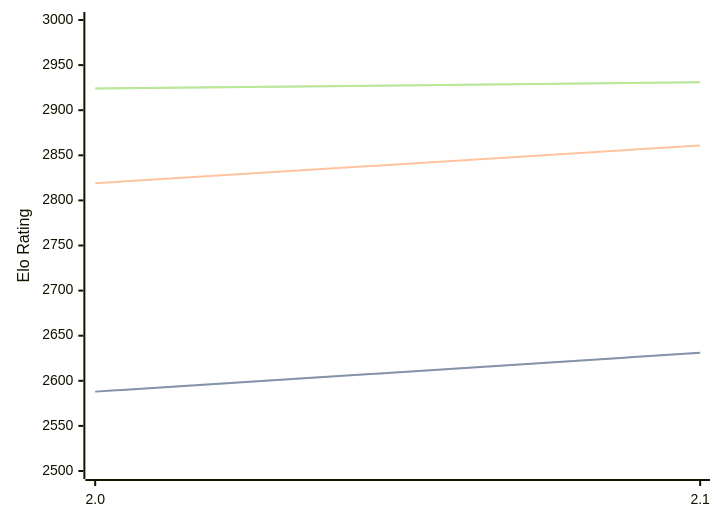
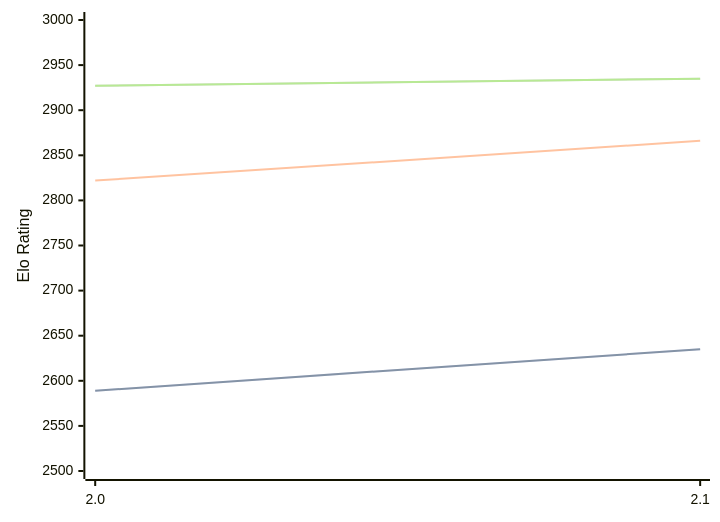
One commit to computer-chess-index/cci changed the diagram in engines/Noggin.md. Above: the diagram before and after it, drawn with Mermaid. The commit also changed other lines of this file, not shown here.

Commit message:
Update CCI Ratings (ELO VLTC) - 2026-08-09

````diff
--- a/engines/Noggin.md
+++ b/engines/Noggin.md
@@ -33,11 +33,11 @@
 ```mermaid
 %%{init: {"theme":"base","themeVariables":{"seriesColors:['#a3a3a3','#222221','#faa371']}}}%%
 xychart-beta
   x-axis ["2.0", "2.1"]
   y-axis "Elo Rating" 2500 --> 3000
-  line "STC (8.0+0.08s)" [2588, 2631]
-  line "STC (8.0+0.08s)" [2588, 2631]
-  line "LTC (60.0+0.60s)" [2819, 2861]
-  line "VLTC (2m24s+1.12s)" [2924, 2931]
-  line "VLTC (2m24s+1.12s)" [2924, 2931]
+  line "STC (8.0+0.08s)" [2589, 2635]
+  line "STC (8.0+0.08s)" [2589, 2635]
+  line "LTC (60.0+0.60s)" [2822, 2866]
+  line "VLTC (2m24s+1.12s)" [2927, 2935]
+  line "VLTC (2m24s+1.12s)" [2927, 2935]
 ```
````
